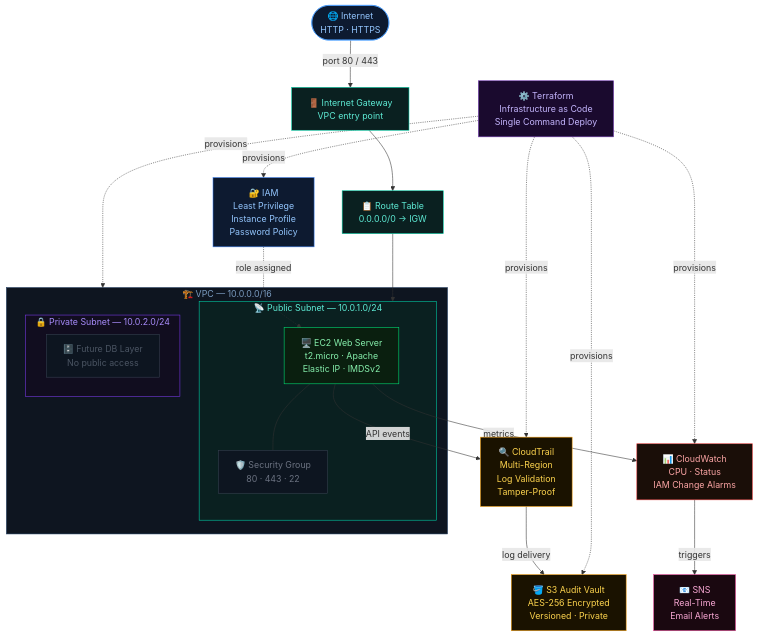
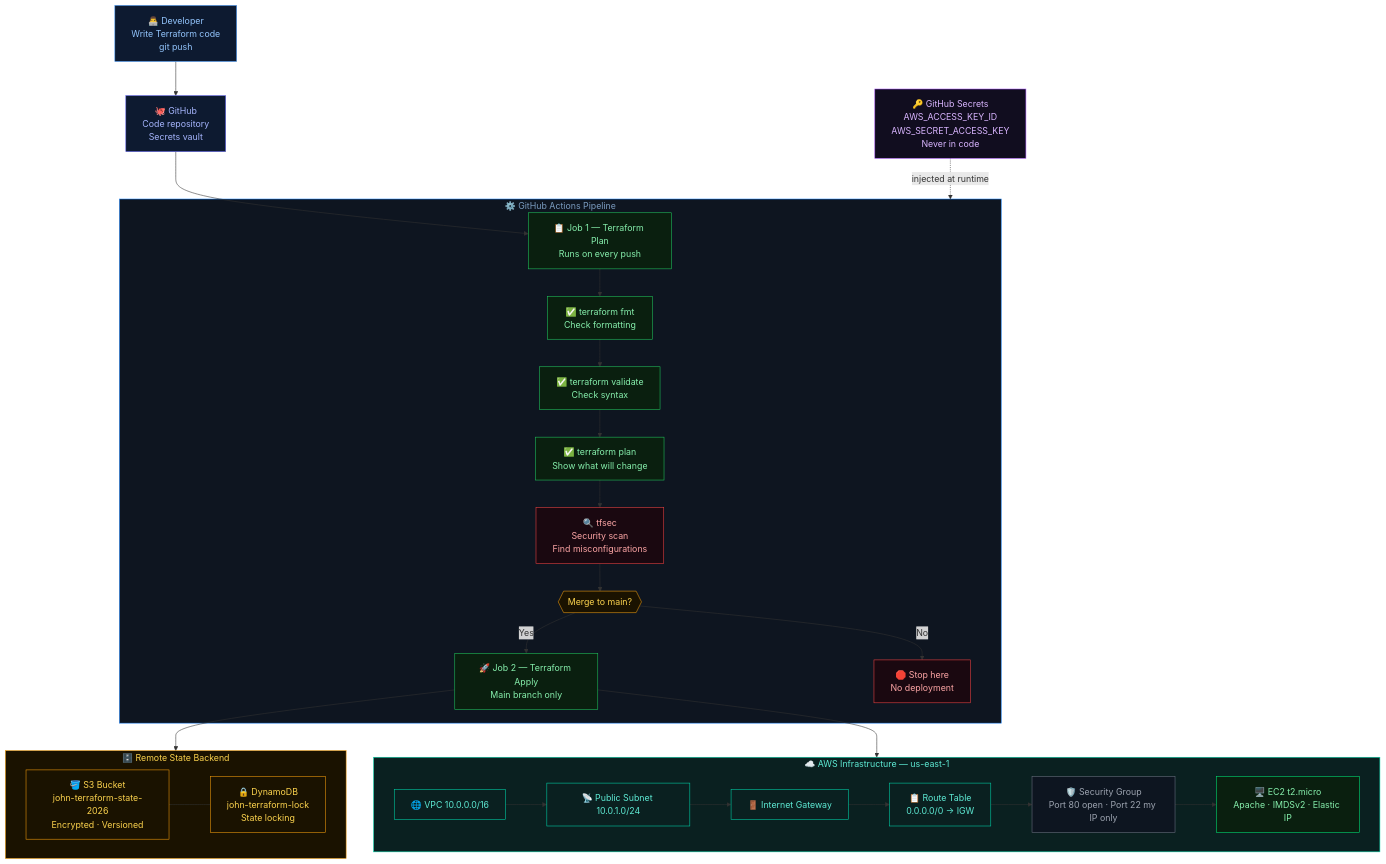
The diagram in README.md (johntay379-hub/secure-cicd-pipeline), drawn with Mermaid before and after one commit.

Commit message:
Fix architecture diagram — correct services only

````diff
--- a/README.md
+++ b/README.md
@@ -40,50 +41,81 @@
 ```mermaid
 flowchart TD
-    Internet(["🌐 Internet\nHTTP · HTTPS"]) -->|port 80 / 443| IGW
+    DEV["👨‍💻 Developer
+Write Terraform code
+git push"] --> GH
+    GH["🐙 GitHub
+Code repository
+Secrets vault"] --> CI
 
-    IGW["🚪 Internet Gateway\nVPC entry point"] --> RT
-    RT["📋 Route Table\n0.0.0.0/0 → IGW"] --> PUB
-
-    subgraph VPC["🏗️ VPC — 10.0.0.0/16"]
-        subgraph PUB["📡 Public Subnet — 10.0.1.0/24"]
-            EC2["🖥️ EC2 Web Server\nt2.micro · Apache\nElastic IP · IMDSv2"]
-            SG["🛡️ Security Group\n80 · 443 · 22"]
-            EC2 --- SG
-        end
-        subgraph PRI["🔒 Private Subnet — 10.0.2.0/24"]
-            DB["🗄️ Future DB Layer\nNo public access"]
-        end
+    subgraph PIPELINE["⚙️ GitHub Actions Pipeline"]
+        CI["📋 Job 1 — Terraform Plan
+Runs on every push"]
+        CI --> FMT["✅ terraform fmt
+Check formatting"]
+        FMT --> VAL["✅ terraform validate
+Check syntax"]
+        VAL --> PLAN["✅ terraform plan
+Show what will change"]
+        PLAN --> SEC["🔍 tfsec
+Security scan
+Find misconfigurations"]
+        SEC --> GATE{{"Merge to main?"}}
+        GATE -->|Yes| CD
+        GATE -->|No| STOP["🛑 Stop here
+No deployment"]
+        CD["🚀 Job 2 — Terraform Apply
+Main branch only"]
     end
 
-    IAM["🔐 IAM\nLeast Privilege\nInstance Profile\nPassword Policy"] -.->|role assigned| EC2
+    subgraph BACKEND["🗄️ Remote State Backend"]
+        S3S["🪣 S3 Bucket
+john-terraform-state-2026
+Encrypted · Versioned"]
+        DDB["🔒 DynamoDB
+john-terraform-lock
+State locking"]
+        S3S --- DDB
+    end
 
-    EC2 -->|API events| CT
-    CT["🔍 CloudTrail\nMulti-Region\nLog Validation\nTamper-Proof"] -->|log delivery| S3
-    S3["🪣 S3 Audit Vault\nAES-256 Encrypted\nVersioned · Private"]
+    CD --> BACKEND
+    CD --> AWS
 
-    EC2 -->|metrics| CW
-    CW["📊 CloudWatch\nCPU · Status\nIAM Change Alarms"] -->|triggers| SNS
-    SNS["📧 SNS\nReal-Time\nEmail Alerts"]
+    subgraph AWS["☁️ AWS Infrastructure — us-east-1"]
+        VPC["🌐 VPC 10.0.0.0/16"] --> SUB["📡 Public Subnet 10.0.1.0/24"]
+        SUB --> IGW["🚪 Internet Gateway"]
+        IGW --> RT["📋 Route Table
+0.0.0.0/0 → IGW"]
+        RT --> SG["🛡️ Security Group
+Port 80 open · Port 22 my IP only"]
+        SG --> EC2["🖥️ EC2 t2.micro
+Apache · IMDSv2 · Elastic IP"]
+    end
 
-    TF["⚙️ Terraform\nInfrastructure as Code\nSingle Command Deploy"] -.->|provisions| VPC
-    TF -.->|provisions| IAM
-    TF -.->|provisions| S3
-    TF -.->|provisions| CT
-    TF -.->|provisions| CW
+    SECRETS["🔑 GitHub Secrets
+AWS_ACCESS_KEY_ID
+AWS_SECRET_ACCESS_KEY
+Never in code"] -.->|injected at runtime| PIPELINE
 
-    style Internet fill:#0d1a30,stroke:#4a9eff,color:#93c5fd
+    style DEV fill:#0d1a30,stroke:#4a9eff,color:#93c5fd
+    style GH fill:#0d1a30,stroke:#6366f1,color:#a5b4fc
+    style PIPELINE fill:#0e1520,stroke:#2088FF,color:#7a9bbf
+    style CI fill:#0a1f0f,stroke:#22c55e,color:#86efac
+    style FMT fill:#0a1f0f,stroke:#22c55e,color:#86efac
+    style VAL fill:#0a1f0f,stroke:#22c55e,color:#86efac
+    style PLAN fill:#0a1f0f,stroke:#22c55e,color:#86efac
+    style SEC fill:#1a0810,stroke:#ef4444,color:#fca5a5
+    style GATE fill:#1a1200,stroke:#f59e0b,color:#fcd34d
+    style STOP fill:#1a0810,stroke:#ef4444,color:#fca5a5
+    style CD fill:#0a1f0f,stroke:#22c55e,color:#86efac
+    style BACKEND fill:#1a1200,stroke:#f59e0b,color:#fcd34d
+    style S3S fill:#1a1200,stroke:#f59e0b,color:#fcd34d
+    style DDB fill:#1a1200,stroke:#f59e0b,color:#fcd34d
+    style AWS fill:#0a2020,stroke:#00d4aa,color:#5eead4
+    style VPC fill:#0a2020,stroke:#00d4aa,color:#5eead4
+    style SUB fill:#0a2020,stroke:#00d4aa,color:#5eead4
     style IGW fill:#0a2020,stroke:#00d4aa,color:#5eead4
     style RT fill:#0a2020,stroke:#00d4aa,color:#5eead4
-    style VPC fill:#0e1520,stroke:#1e3a5f,color:#7a9bbf
-    style PUB fill:#0a2020,stroke:#00d4aa,color:#5eead4
-    style PRI fill:#110d1f,stroke:#7c3aed,color:#a78bfa
+    style SG fill:#0d1520,stroke:#6b7280,color:#9ca3af
     style EC2 fill:#0a1f0f,stroke:#00e676,color:#86efac
-    style SG fill:#0d1520,stroke:#374151,color:#6b7280
-    style DB fill:#0d1520,stroke:#374151,color:#4b5563
-    style IAM fill:#0d1a30,stroke:#3b82f6,color:#93c5fd
-    style CT fill:#1a1200,stroke:#f59e0b,color:#fcd34d
-    style S3 fill:#1a1200,stroke:#f59e0b,color:#fcd34d
-    style CW fill:#1a0e08,stroke:#ef4444,color:#fca5a5
-    style SNS fill:#1a0810,stroke:#ec4899,color:#f9a8d4
-    style TF fill:#1a0a2e,stroke:#7B42BC,color:#c4b5fd
+    style SECRETS fill:#110d1f,stroke:#a855f7,color:#d8b4fe
 ```
````
